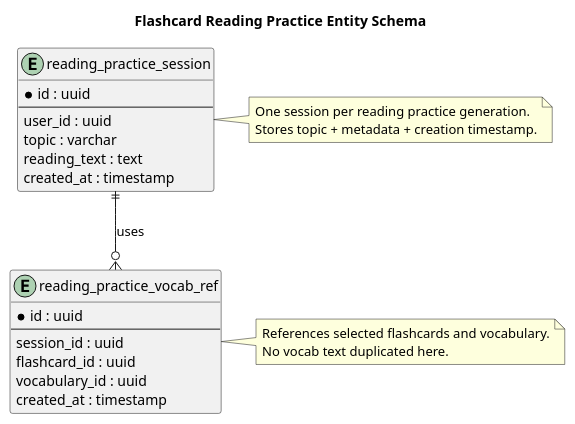
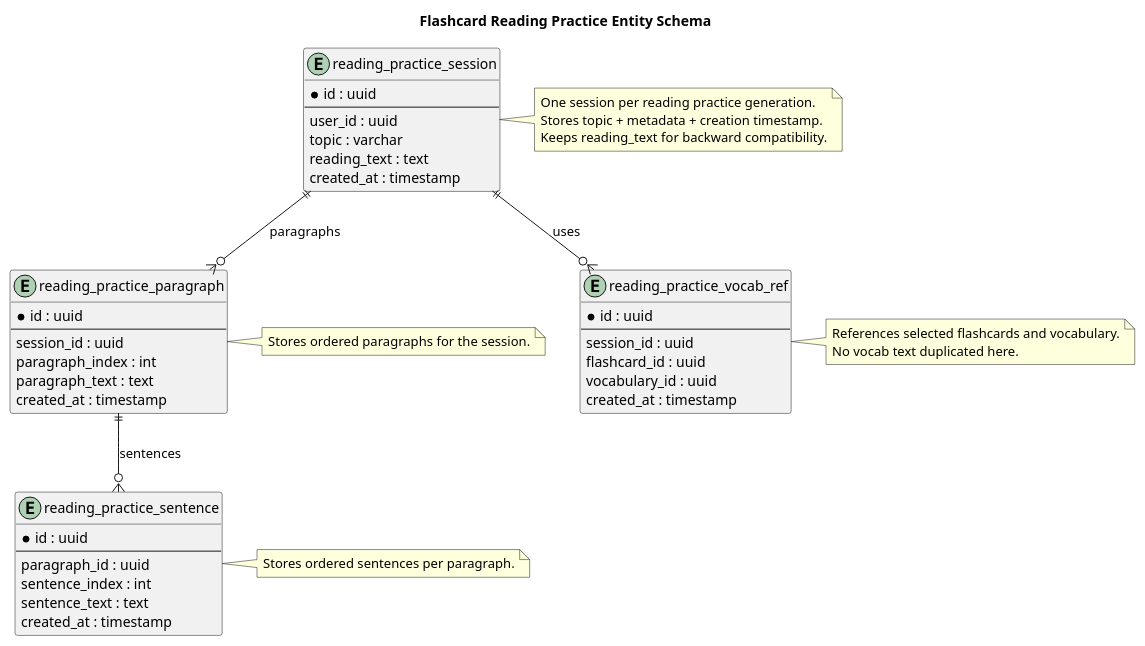
The diagram in diagrams/reading/flashcard-reading-practice-entity-schema.puml (muhammadismailkhan0009/language-learner-backend), drawn with PlantUML before and after one commit. The commit also changed 28 other files, not shown here.

Commit message:
- added reading support in paragraph.

```diff
--- a/diagrams/reading/flashcard-reading-practice-entity-schema.puml
+++ b/diagrams/reading/flashcard-reading-practice-entity-schema.puml
@@ -1,35 +1,64 @@
 @startuml
 
 title Flashcard Reading Practice Entity Schema
 
 entity reading_practice_session {
   * id : uuid
   --
   user_id : uuid
   topic : varchar
   reading_text : text
   created_at : timestamp
 }
 
+entity reading_practice_paragraph {
+  * id : uuid
+  --
+  session_id : uuid
+  paragraph_index : int
+  paragraph_text : text
+  created_at : timestamp
+}
+
+entity reading_practice_sentence {
+  * id : uuid
+  --
+  paragraph_id : uuid
+  sentence_index : int
+  sentence_text : text
+  created_at : timestamp
+}
+
 entity reading_practice_vocab_ref {
   * id : uuid
   --
   session_id : uuid
   flashcard_id : uuid
   vocabulary_id : uuid
   created_at : timestamp
 }
 
+reading_practice_session ||--o{ reading_practice_paragraph : paragraphs
+reading_practice_paragraph ||--o{ reading_practice_sentence : sentences
 reading_practice_session ||--o{ reading_practice_vocab_ref : uses
 
 note right of reading_practice_session
 One session per reading practice generation.
 Stores topic + metadata + creation timestamp.
+Keeps reading_text for backward compatibility.
+end note
+
+note right of reading_practice_paragraph
+Stores ordered paragraphs for the session.
+end note
+
+note right of reading_practice_sentence
+Stores ordered sentences per paragraph.
 end note
 
 note right of reading_practice_vocab_ref
 References selected flashcards and vocabulary.
 No vocab text duplicated here.
 end note
 
 @enduml
```
